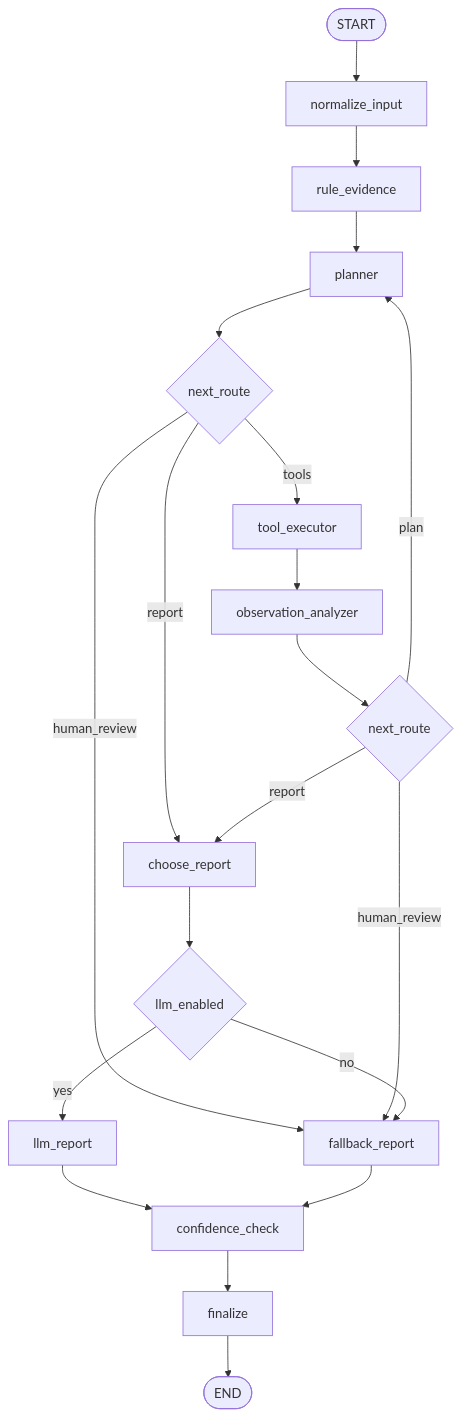
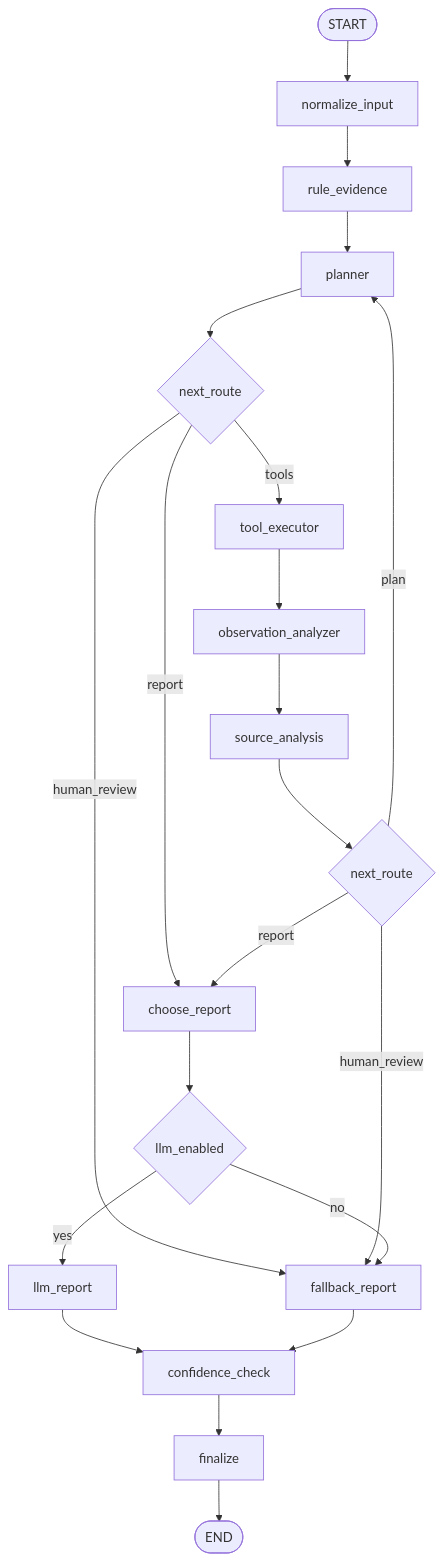
Before and after one commit to ITwei6/RobotOps-AI: the diagram in docs/10_langgraph_workflow_design.md, drawn with Mermaid. The commit also changed other lines of this file and 17 other files, not shown here.

````diff
--- a/docs/10_langgraph_workflow_design.md
+++ b/docs/10_langgraph_workflow_design.md
@@ -348,26 +385,27 @@
 ```mermaid
 flowchart TD
     START([START]) --> normalize_input
     normalize_input --> rule_evidence
     rule_evidence --> planner
 
     planner --> route_after_plan{next_route}
     route_after_plan -->|tools| tool_executor
     route_after_plan -->|report| choose_report
     route_after_plan -->|human_review| fallback_report
 
     tool_executor --> observation_analyzer
-    observation_analyzer --> continue_or_report{next_route}
+    observation_analyzer --> source_analysis
+    source_analysis --> continue_or_report{next_route}
     continue_or_report -->|plan| planner
     continue_or_report -->|report| choose_report
     continue_or_report -->|human_review| fallback_report
 
     choose_report --> use_llm{llm_enabled}
     use_llm -->|yes| llm_report
     use_llm -->|no| fallback_report
 
     llm_report --> confidence_check
     fallback_report --> confidence_check
     confidence_check --> finalize
     finalize --> END([END])
 ```
````
